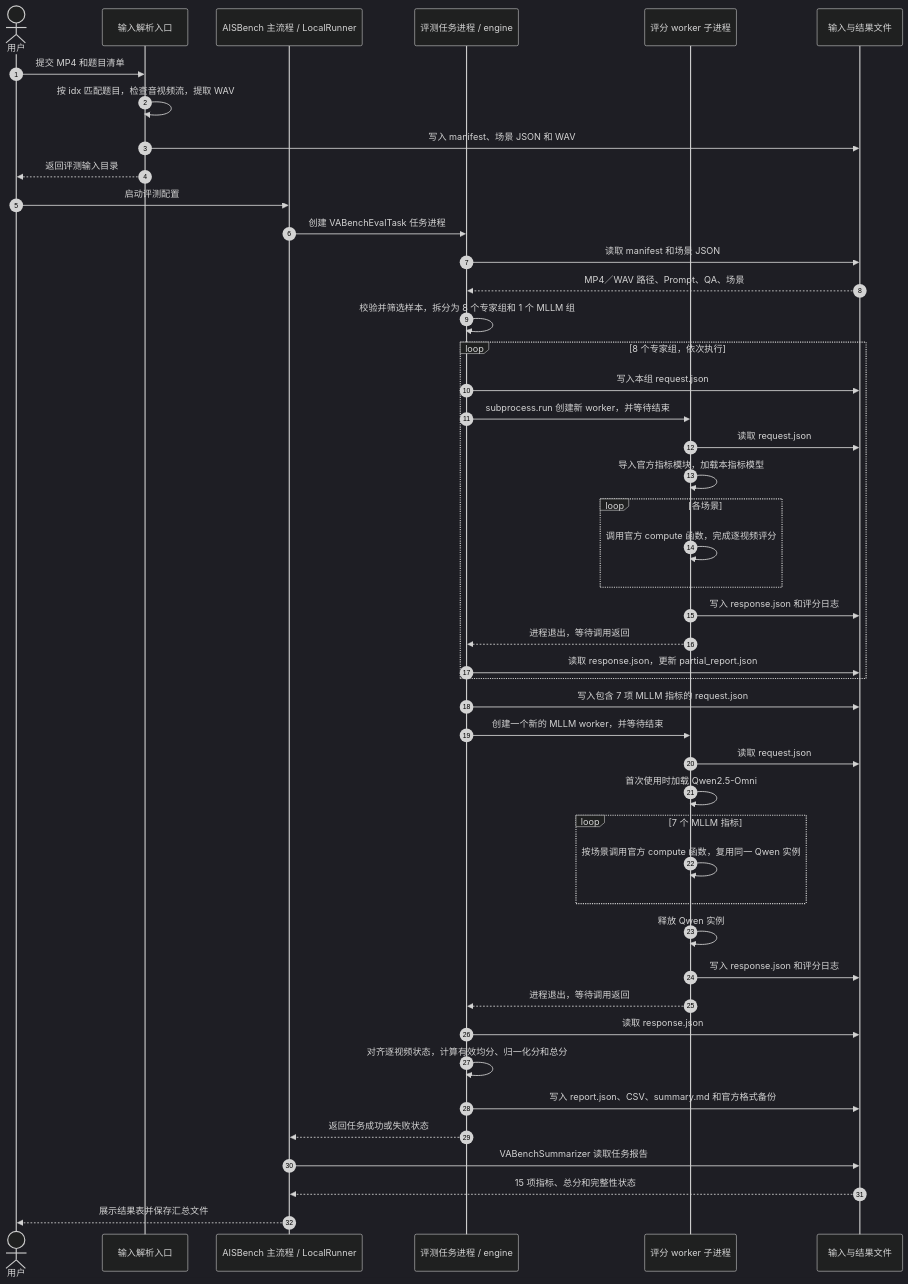
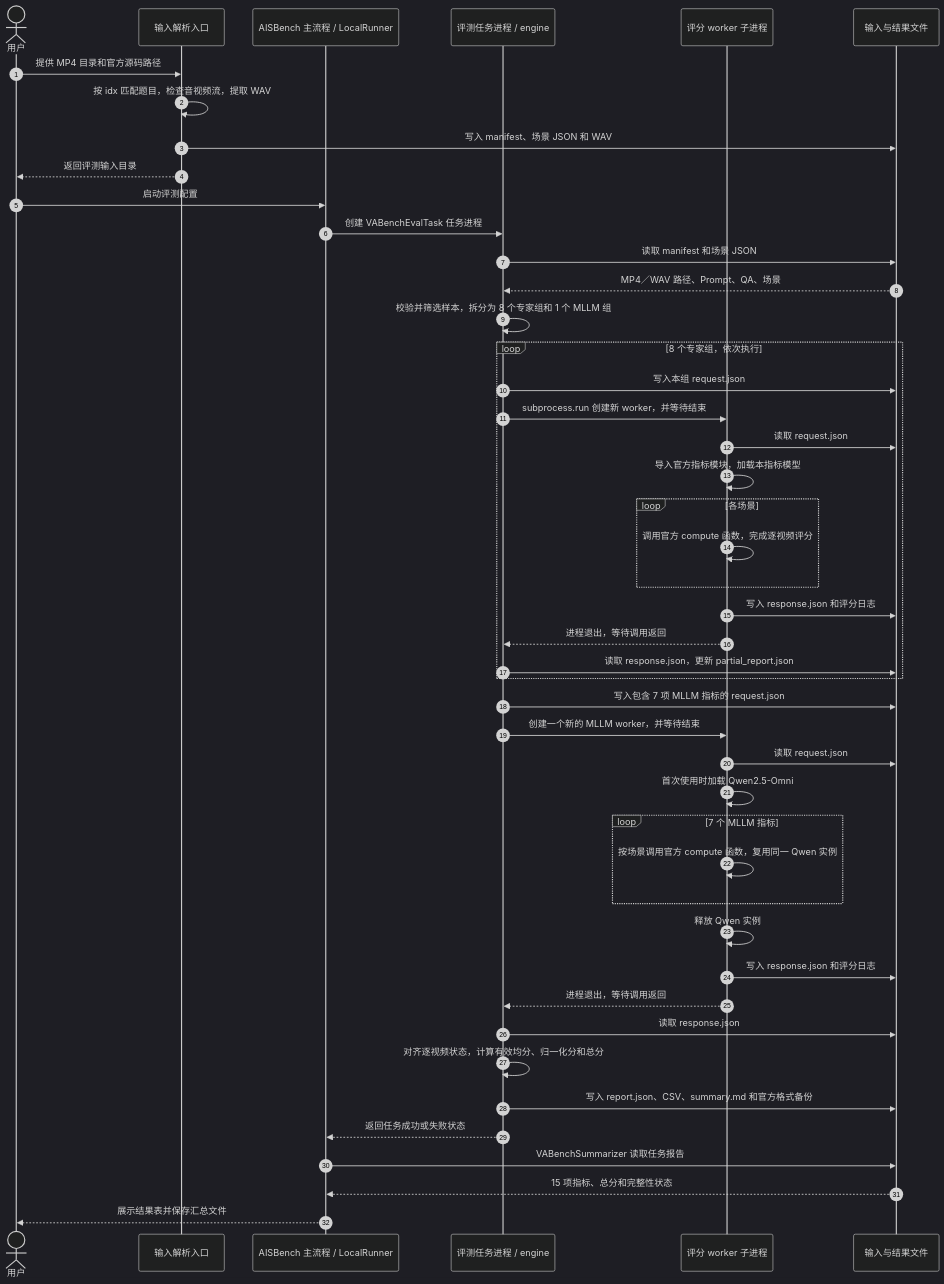
One commit to AISBench/benchmark changed the second of 2 diagrams in docs/source_zh_cn/extended_benchmark/lmm_generate/vabench.md. Above: the diagram before and after it, drawn with Mermaid (dark theme). The commit also changed other lines of this file and 3 other files, not shown here.

````diff
--- a/docs/source_zh_cn/extended_benchmark/lmm_generate/vabench.md
+++ b/docs/source_zh_cn/extended_benchmark/lmm_generate/vabench.md
@@ -840,53 +762,53 @@
 ```mermaid
 sequenceDiagram
     autonumber
     actor U as 用户
     participant P as 输入解析入口
     participant R as AISBench 主流程 / LocalRunner
     participant T as 评测任务进程 / engine
     participant W as 评分 worker 子进程
     participant F as 输入与结果文件
 
-    U->>P: 提交 MP4 和题目清单
+    U->>P: 提供 MP4 目录和官方源码路径
     P->>P: 按 idx 匹配题目，检查音视频流，提取 WAV
     P->>F: 写入 manifest、场景 JSON 和 WAV
     P-->>U: 返回评测输入目录
 
     U->>R: 启动评测配置
     R->>T: 创建 VABenchEvalTask 任务进程
     T->>F: 读取 manifest 和场景 JSON
     F-->>T: MP4／WAV 路径、Prompt、QA、场景
     T->>T: 校验并筛选样本，拆分为 8 个专家组和 1 个 MLLM 组
 
     loop 8 个专家组，依次执行
         T->>F: 写入本组 request.json
         T->>W: subprocess.run 创建新 worker，并等待结束
         W->>F: 读取 request.json
         W->>W: 导入官方指标模块，加载本指标模型
         loop 各场景
             W->>W: 调用官方 compute 函数，完成逐视频评分
         end
         W->>F: 写入 response.json 和评分日志
         W-->>T: 进程退出，等待调用返回
         T->>F: 读取 response.json，更新 partial_report.json
     end
 
     T->>F: 写入包含 7 项 MLLM 指标的 request.json
     T->>W: 创建一个新的 MLLM worker，并等待结束
     W->>F: 读取 request.json
     W->>W: 首次使用时加载 Qwen2.5-Omni
     loop 7 个 MLLM 指标
         W->>W: 按场景调用官方 compute 函数，复用同一 Qwen 实例
     end
     W->>W: 释放 Qwen 实例
     W->>F: 写入 response.json 和评分日志
     W-->>T: 进程退出，等待调用返回
     T->>F: 读取 response.json
 
     T->>T: 对齐逐视频状态，计算有效均分、归一化分和总分
     T->>F: 写入 report.json、CSV、summary.md 和官方格式备份
     T-->>R: 返回任务成功或失败状态
     R->>F: VABenchSummarizer 读取任务报告
     F-->>R: 15 项指标、总分和完整性状态
     R-->>U: 展示结果表并保存汇总文件
 ```
````
